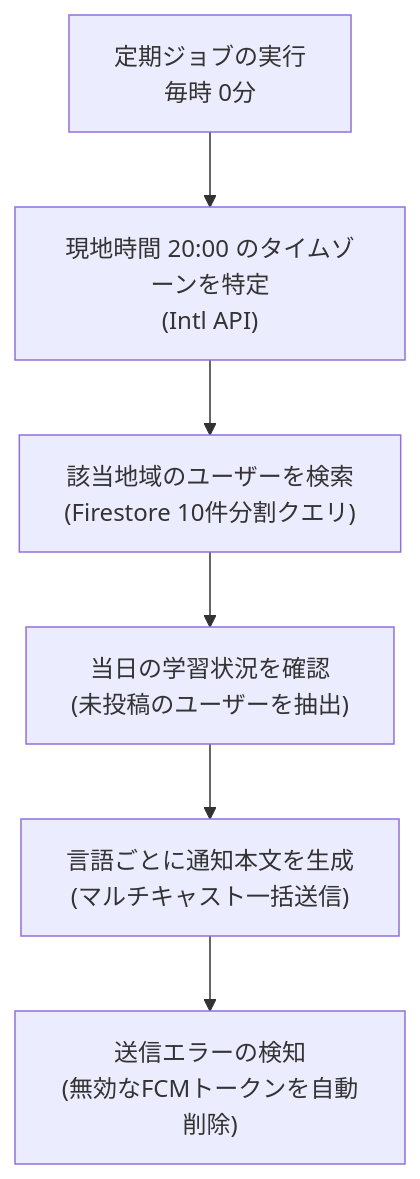
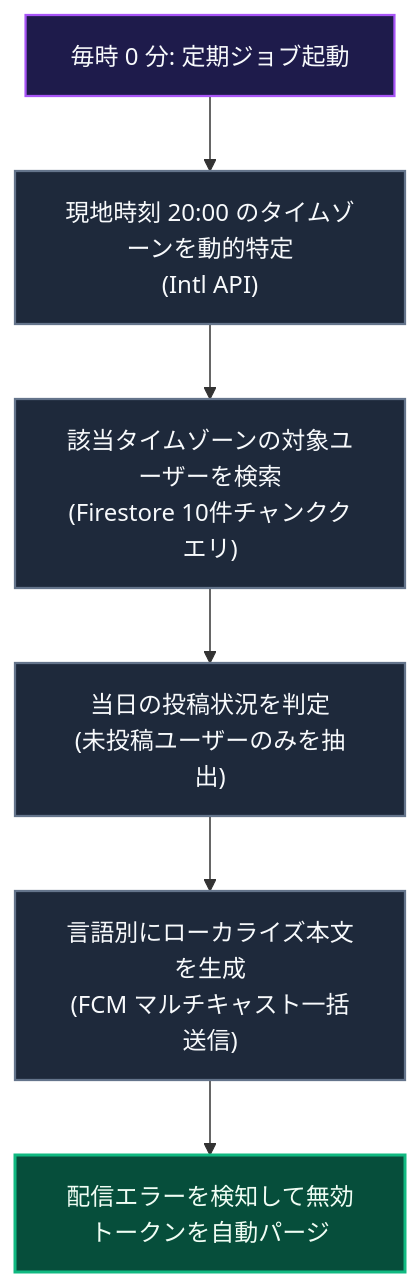
The diagram in docs/ja/timezone-streak-reminders.md (ScriptureHabit/scripture-habit), drawn with Mermaid before and after one commit. The commit also changed other lines of this file and 57 other files, not shown here.

Commit message:
docs: refine documentation prose and add structured diagram breakdowns across JA and EN

````diff
--- a/docs/ja/timezone-streak-reminders.md
+++ b/docs/ja/timezone-streak-reminders.md
@@ -11,8 +11,12 @@
 ```mermaid
 flowchart TD
-    Cron["定期ジョブの実行<br/>毎時 0分"] --> Step1["現地時間 20:00 のタイムゾーンを特定<br/>(Intl API)"]
-    Step1 --> Step2["該当地域のユーザーを検索<br/>(Firestore 10件分割クエリ)"]
-    Step2 --> Step3["当日の学習状況を確認<br/>(未投稿のユーザーを抽出)"]
-    Step3 --> Step4["言語ごとに通知本文を生成<br/>(マルチキャスト一括送信)"]
-    Step4 --> Step5["送信エラーの検知<br/>(無効なFCMトークンを自動削除)"]
+    classDef step fill:#1e293b,stroke:#64748b,stroke-width:1.5px,color:#f8fafc;
+    classDef cron fill:#1e1b4b,stroke:#a855f7,stroke-width:1.5px,color:#f8fafc;
+    classDef done fill:#064e3b,stroke:#10b981,stroke-width:2px,color:#f0fdf4;
+
+    Cron["毎時 0 分: 定期ジョブ起動"]:::cron --> Step1["現地時刻 20:00 のタイムゾーンを動的特定<br/>(Intl API)"]:::step
+    Step1 --> Step2["該当タイムゾーンの対象ユーザーを検索<br/>(Firestore 10件チャンククエリ)"]:::step
+    Step2 --> Step3["当日の投稿状況を判定<br/>(未投稿ユーザーのみを抽出)"]:::step
+    Step3 --> Step4["言語別にローカライズ本文を生成<br/>(FCM マルチキャスト一括送信)"]:::step
+    Step4 --> Step5["配信エラーを検知して無効トークンを自動パージ"]:::done
 ```
````
